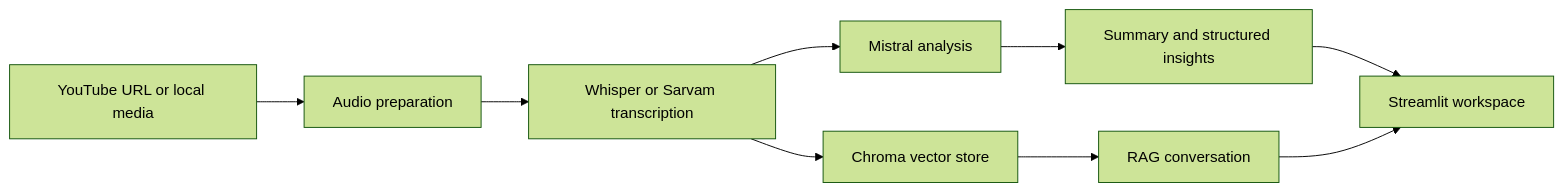
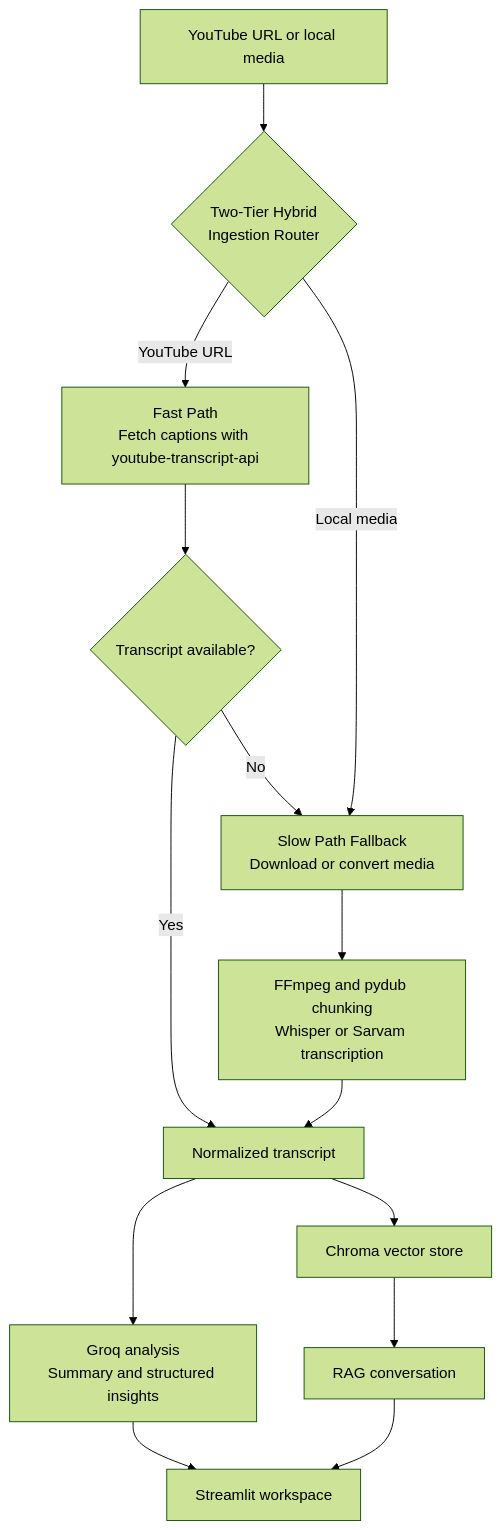
Before and after one commit to veerpast/videosage-rag-assistant: the diagram in README.md, drawn with Mermaid (forest theme). The commit also changed other lines of this file, not shown here.

Commit message:
Updated the worklow for Groq API

````diff
--- a/README.md
+++ b/README.md
@@ -40,11 +40,19 @@
 ```mermaid
-flowchart LR
-    A[YouTube URL or local media] --> B[Audio preparation]
-    B --> C[Whisper or Sarvam transcription]
-    C --> D[Mistral analysis]
-    D --> E[Summary and structured insights]
-    C --> F[Chroma vector store]
-    F --> G[RAG conversation]
-    E --> H[Streamlit workspace]
-    G --> H
+flowchart TD
+    A[YouTube URL or local media] --> B{Two-Tier Hybrid<br/>Ingestion Router}
+
+    B -->|YouTube URL| C[Fast Path<br/>Fetch captions with youtube-transcript-api]
+    C --> D{Transcript available?}
+    D -->|Yes| G[Normalized transcript]
+    D -->|No| E
+
+    B -->|Local media| E[Slow Path Fallback<br/>Download or convert media]
+    E --> F[FFmpeg and pydub chunking<br/>Whisper or Sarvam transcription]
+    F --> G
+
+    G --> H[Groq analysis<br/>Summary and structured insights]
+    G --> I[Chroma vector store]
+    I --> J[RAG conversation]
+    H --> K[Streamlit workspace]
+    J --> K
 ```
````
